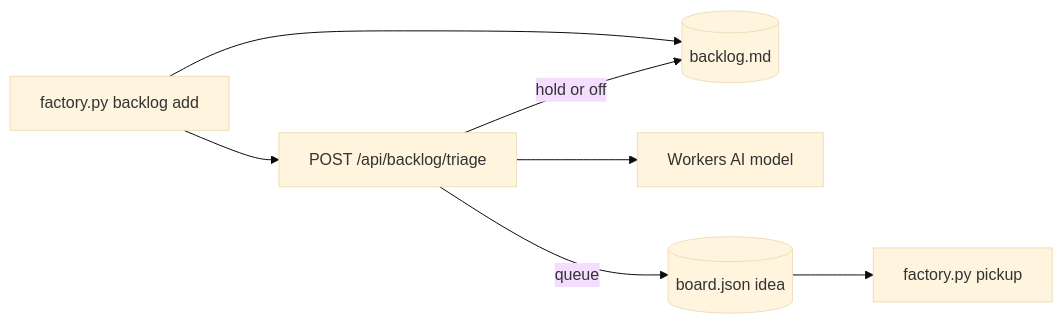
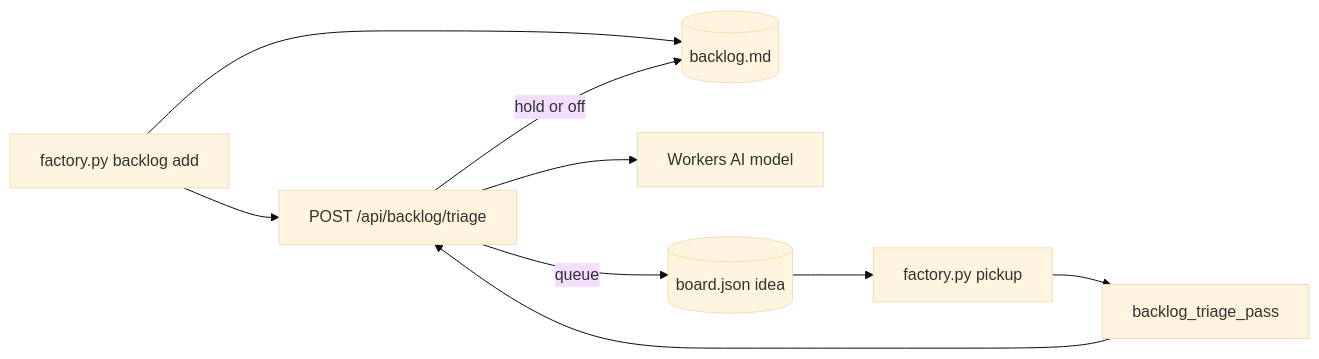
The fourth of 4 diagrams in docs/autonomy.md (superhussain/factory), drawn with Mermaid (base theme) before and after one commit. The commit also changed other lines of this file, not shown here.

Commit message:
Document the backlog triage sweep

````diff
--- a/docs/autonomy.md
+++ b/docs/autonomy.md
@@ -169,9 +169,11 @@
 ```mermaid
 flowchart LR
   A[factory.py backlog add] --> B[(backlog.md)]
   A --> W[POST /api/backlog/triage]
   W --> M[Workers AI model]
   W -->|queue| I[(board.json idea)]
   W -->|hold or off| B
   I --> P[factory.py pickup]
+  P[factory.py pickup] --> S[backlog_triage_pass]
+  S --> W
 ```
````
